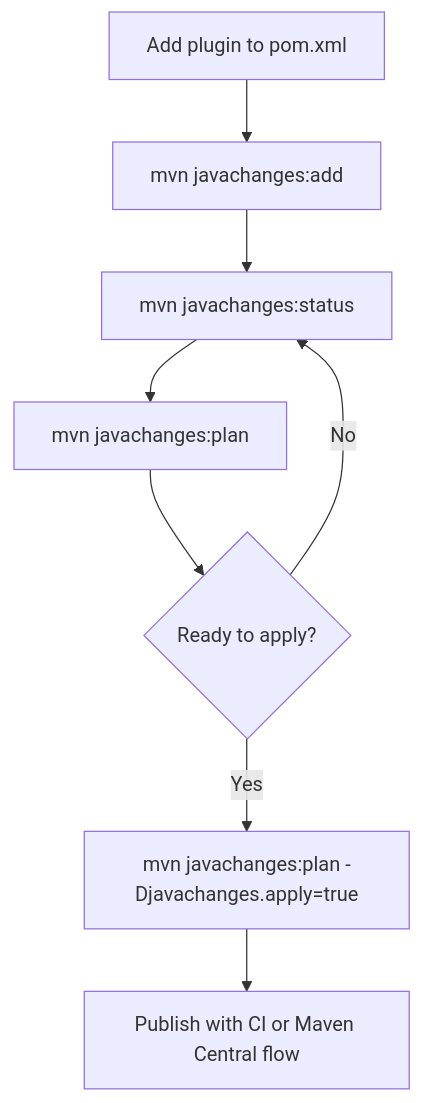
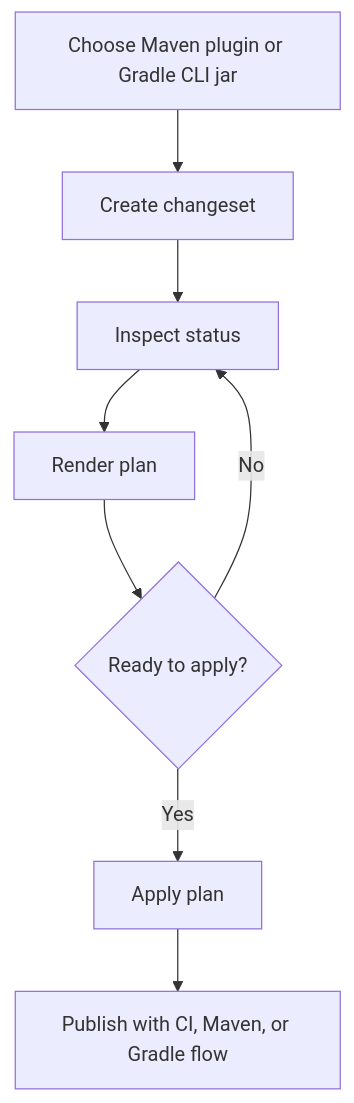
The diagram in docs/getting-started.md (sonofmagic/javachanges), drawn with Mermaid before and after one commit. The commit also changed other lines of this file and 49 other files, not shown here.

````diff
--- a/docs/getting-started.md
+++ b/docs/getting-started.md
@@ -9,10 +9,10 @@
 ```mermaid
 flowchart TD
-  A[Add plugin to pom.xml] --> B[mvn javachanges:add]
-  B --> C[mvn javachanges:status]
-  C --> D[mvn javachanges:plan]
+  A[Choose Maven plugin or Gradle CLI jar] --> B[Create changeset]
+  B --> C[Inspect status]
+  C --> D[Render plan]
   D --> E{Ready to apply?}
-  E -- Yes --> F[mvn javachanges:plan -Djavachanges.apply=true]
+  E -- Yes --> F[Apply plan]
   E -- No --> C
-  F --> G[Publish with CI or Maven Central flow]
+  F --> G[Publish with CI, Maven, or Gradle flow]
 ```
````
